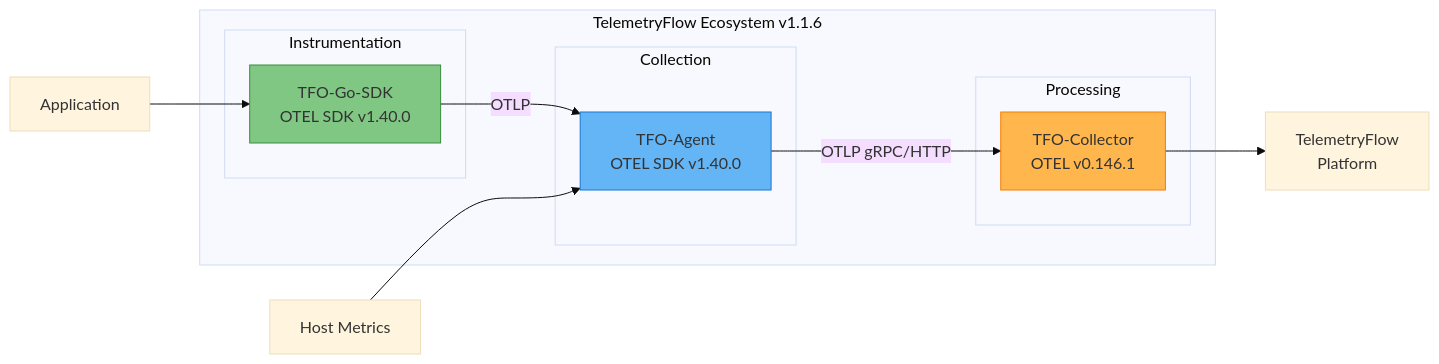
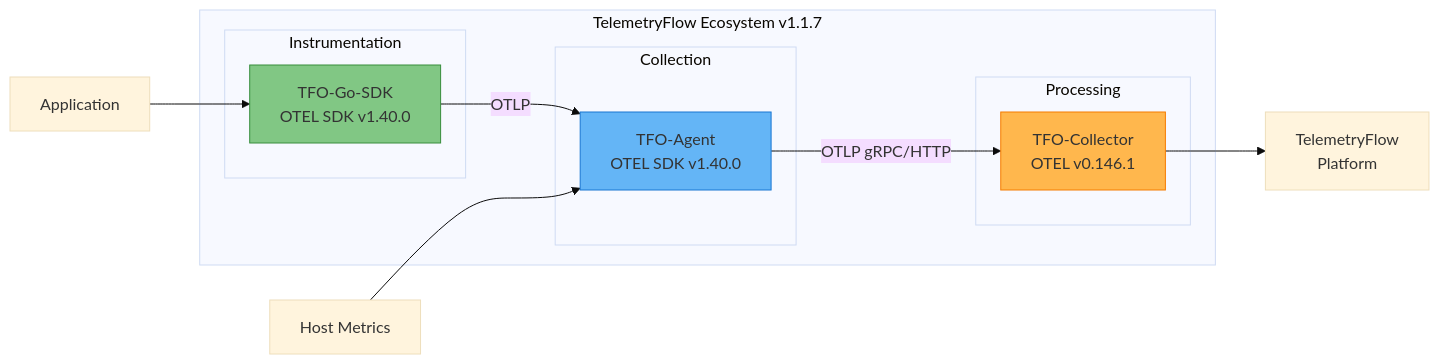
Before and after one commit to telemetryflow/telemetryflow-agent: the diagram in README.md, drawn with Mermaid (base theme). The commit also changed other lines of this file and 21 other files, not shown here.

````diff
--- a/README.md
+++ b/README.md
@@ -33,26 +33,26 @@
 ```mermaid
 graph LR
-    subgraph "TelemetryFlow Ecosystem v1.1.6"
+    subgraph "TelemetryFlow Ecosystem v1.1.7"
         subgraph "Instrumentation"
             SDK[TFO-Go-SDK<br/>OTEL SDK v1.40.0]
         end
 
         subgraph "Collection"
             AGENT[TFO-Agent<br/>OTEL SDK v1.40.0]
         end
 
         subgraph "Processing"
             COLLECTOR[TFO-Collector<br/>OTEL v0.146.1]
         end
     end
 
     APP[Application] --> SDK
     SDK -->|OTLP| AGENT
     HOST[Host Metrics] --> AGENT
     AGENT -->|OTLP gRPC/HTTP| COLLECTOR
     COLLECTOR --> BACKEND[TelemetryFlow<br/>Platform]
 
     style SDK fill:#81C784,stroke:#388E3C
     style AGENT fill:#64B5F6,stroke:#1976D2
     style COLLECTOR fill:#FFB74D,stroke:#F57C00
 ```
````
